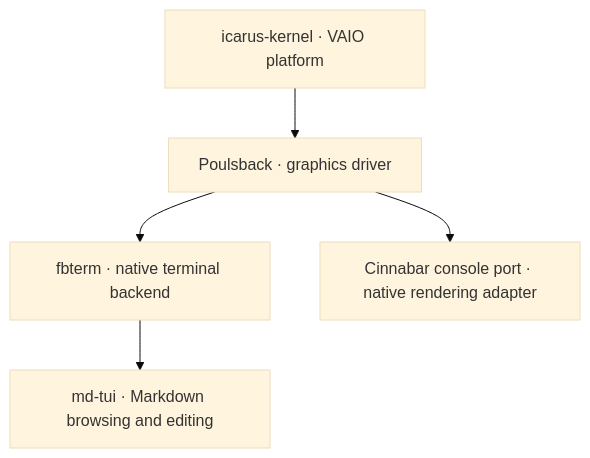
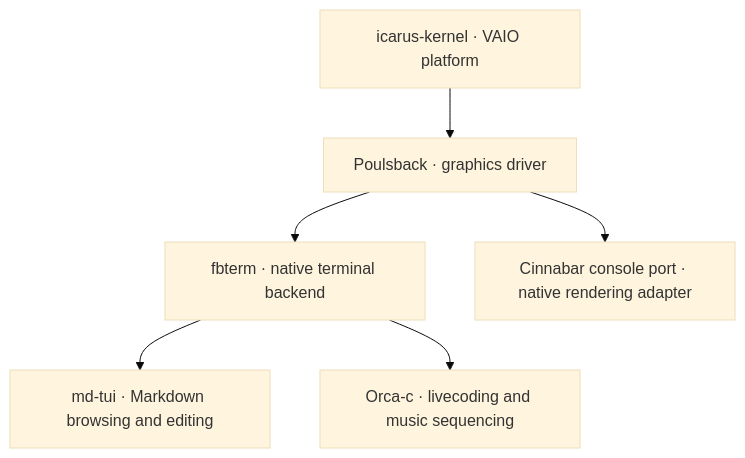
One commit to Section-9-Workflows/.github changed the diagram in profile/README.md. Above: the diagram before and after it, drawn with Mermaid (base theme). The commit also changed other lines of this file, not shown here.

Commit message:
Add Orca-c and its i686 build recipe to the project list

````diff
--- a/profile/README.md
+++ b/profile/README.md
@@ -25,7 +26,8 @@
 ```mermaid
 flowchart TD
     K["icarus-kernel · VAIO platform"] --> P["Poulsback · graphics driver"]
     P --> F["fbterm · native terminal backend"]
     F --> M["md-tui · Markdown browsing and editing"]
+    F --> O["Orca-c · livecoding and music sequencing"]
     P --> C["Cinnabar console port · native rendering adapter"]
 ```
````
